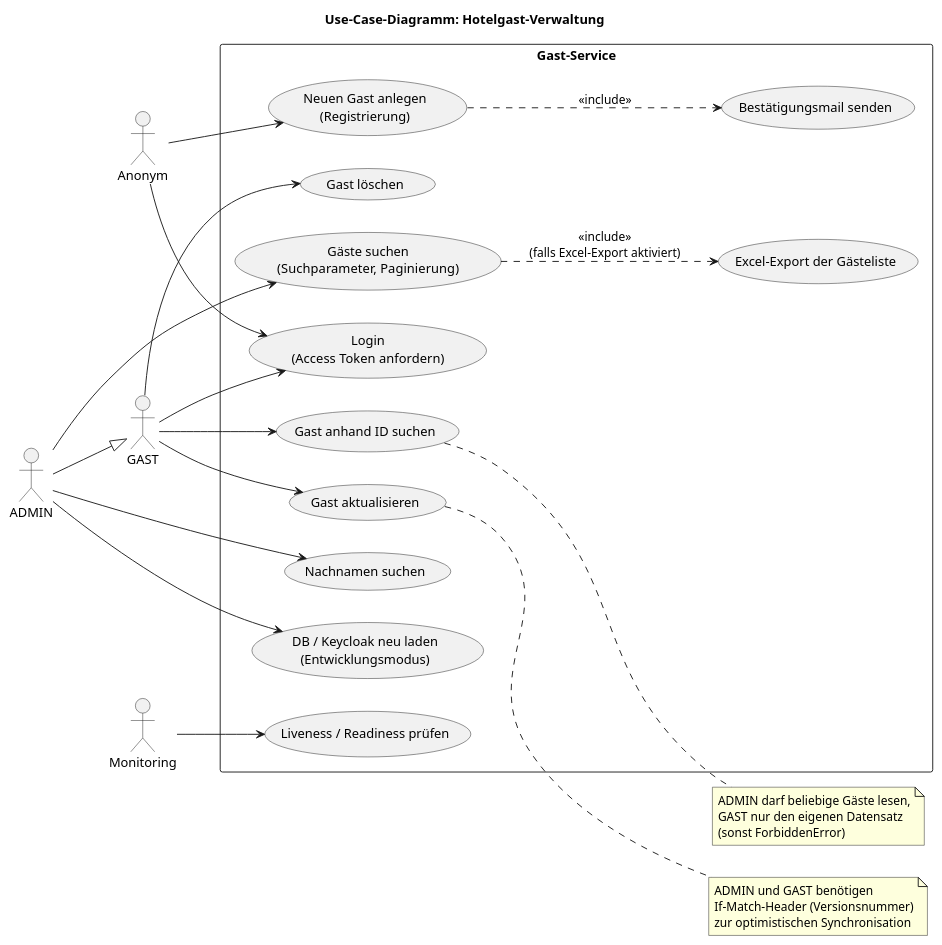
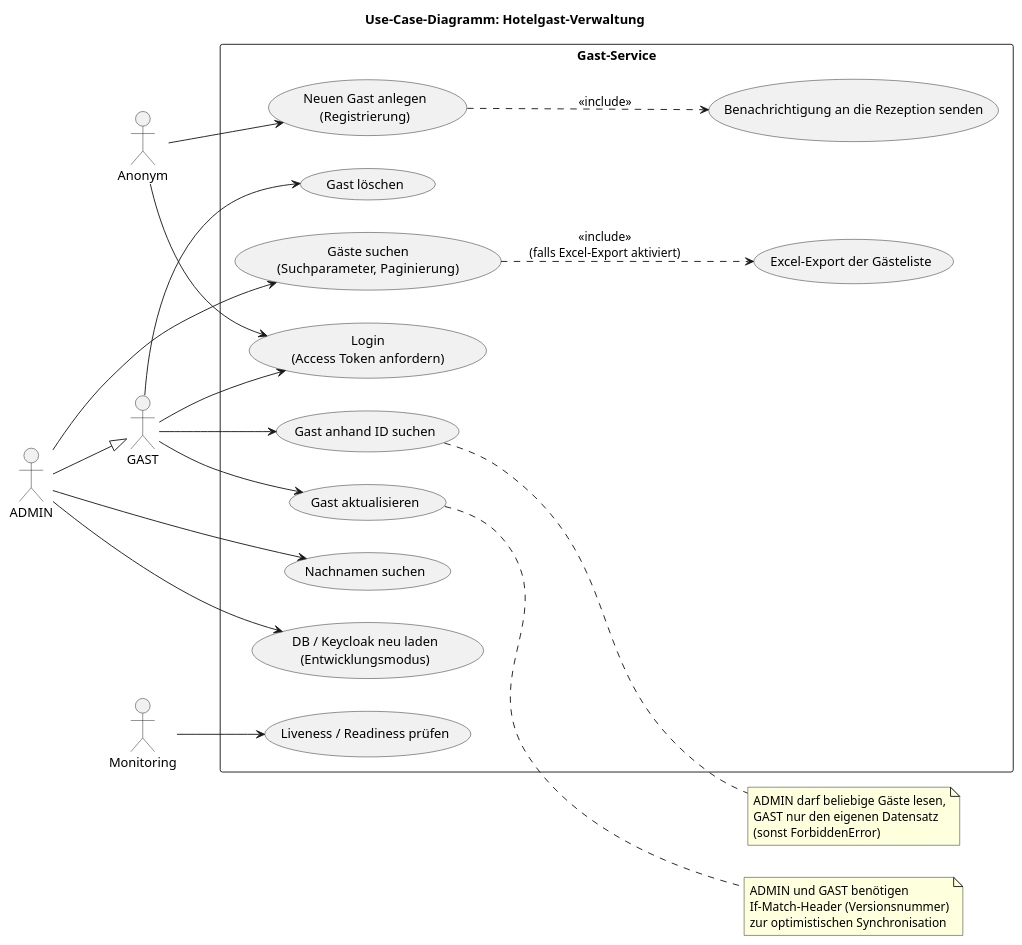
The diagram in docs/diagramme/src/use-case-diagramm.puml (kobe1022/hotel), drawn with PlantUML before and after one commit. The commit also changed 2 other files, not shown here.

Commit message:
Diagramme angepasst

```diff
--- a/docs/diagramme/src/use-case-diagramm.puml
+++ b/docs/diagramme/src/use-case-diagramm.puml
@@ -1,58 +1,58 @@
 @startuml UseCaseDiagramm
 
 title Use-Case-Diagramm: Hotelgast-Verwaltung
 
 left to right direction
 skinparam packageStyle rect
 
 actor "Anonym" as Anonym
 actor "GAST" as GastRolle
 actor "ADMIN" as Admin
 actor "Monitoring" as Monitoring
 
 Admin --|> GastRolle
 
 rectangle "Gast-Service" {
   usecase "Login\n(Access Token anfordern)" as UC_Login
   usecase "Neuen Gast anlegen\n(Registrierung)" as UC_Create
   usecase "Gast anhand ID suchen" as UC_FindById
   usecase "Gäste suchen\n(Suchparameter, Paginierung)" as UC_Find
   usecase "Nachnamen suchen" as UC_FindNachnamen
   usecase "Gast aktualisieren" as UC_Update
   usecase "Gast löschen" as UC_Delete
   usecase "Excel-Export der Gästeliste" as UC_Excel
-  usecase "Bestätigungsmail senden" as UC_Mail
+  usecase "Benachrichtigung an die Rezeption senden" as UC_Mail
   usecase "DB / Keycloak neu laden\n(Entwicklungsmodus)" as UC_Reload
   usecase "Liveness / Readiness prüfen" as UC_Health
 }
 
 Anonym --> UC_Create
 Anonym --> UC_Login
 
 GastRolle --> UC_Login
 GastRolle --> UC_FindById
 GastRolle --> UC_Update
 GastRolle --> UC_Delete
 
 Admin --> UC_Find
 Admin --> UC_FindNachnamen
 Admin --> UC_Reload
 
 Monitoring --> UC_Health
 
 UC_Create ..> UC_Mail : <<include>>
 UC_Find ..> UC_Excel : <<include>>\n(falls Excel-Export aktiviert)
 
 note right of UC_FindById
   ADMIN darf beliebige Gäste lesen,
   GAST nur den eigenen Datensatz
   (sonst ForbiddenError)
 end note
 
 note right of UC_Update
   ADMIN und GAST benötigen
   If-Match-Header (Versionsnummer)
   zur optimistischen Synchronisation
 end note
 
 @enduml
```
